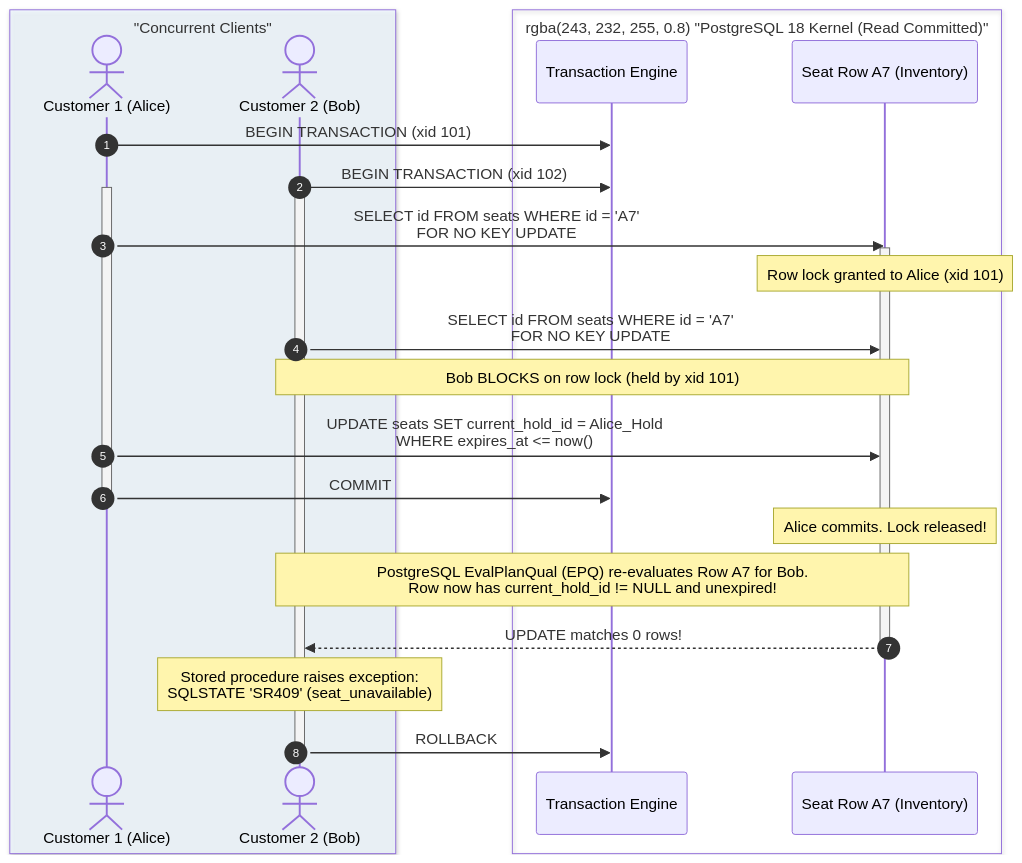
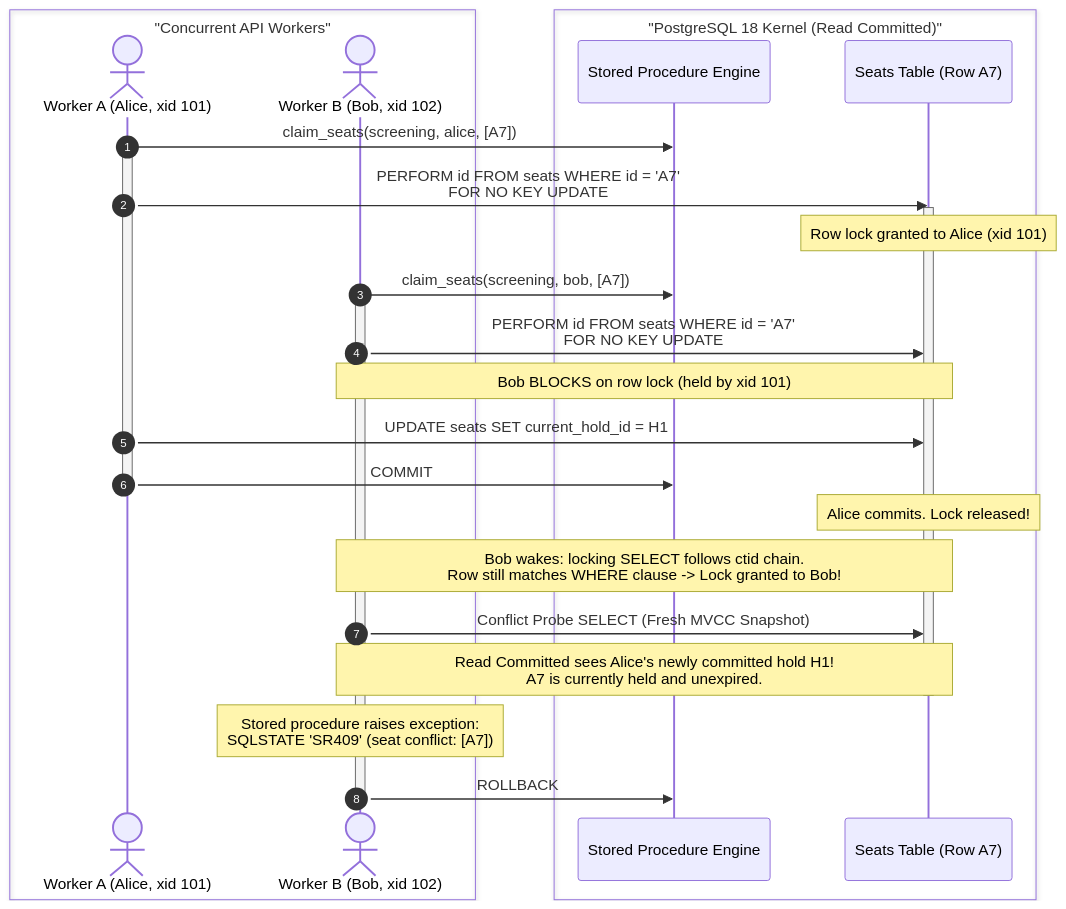
Before and after one commit to YuvvrajSingh/seat-rush: the first of 6 diagrams in docs/SYSTEMS_DESIGN.md, drawn with Mermaid. The commit also changed other lines of this file and 17 other files, not shown here.

Commit message:
docs: apply zero-drift fixes, elevate Mermaid diagrams with failure branches, and reshoot production screenshots

````diff
--- a/docs/SYSTEMS_DESIGN.md
+++ b/docs/SYSTEMS_DESIGN.md
@@ -44,36 +44,36 @@
 ```mermaid
 sequenceDiagram
     autonumber
-    box rgba(240, 249, 255, 0.8) "Concurrent Clients"
-        actor Alice as Customer 1 (Alice)
-        actor Bob as Customer 2 (Bob)
+    box "Concurrent API Workers"
+        actor Alice as Worker A (Alice, xid 101)
+        actor Bob as Worker B (Bob, xid 102)
     end
-    box rgba(243, 232, 255, 0.8) "PostgreSQL 18 Kernel (Read Committed)"
-        participant Engine as Transaction Engine
-        participant Row as Seat Row A7 (Inventory)
+    box "PostgreSQL 18 Kernel (Read Committed)"
+        participant PG as Stored Procedure Engine
+        participant Inv as Seats Table (Row A7)
     end
 
-    Alice->>Engine: BEGIN TRANSACTION (xid 101)
-    Bob->>Engine: BEGIN TRANSACTION (xid 102)
+    Alice->>PG: claim_seats(screening, alice, [A7])
     activate Alice
+    Alice->>Inv: PERFORM id FROM seats WHERE id = 'A7'<br/>FOR NO KEY UPDATE
+    activate Inv
+    Note over Inv: Row lock granted to Alice (xid 101)
+
+    Bob->>PG: claim_seats(screening, bob, [A7])
     activate Bob
+    Bob->>Inv: PERFORM id FROM seats WHERE id = 'A7'<br/>FOR NO KEY UPDATE
+    Note over Bob,Inv: Bob BLOCKS on row lock (held by xid 101)
 
-    Alice->>Row: SELECT id FROM seats WHERE id = 'A7'<br/>FOR NO KEY UPDATE
-    activate Row
-    Note over Row: Row lock granted to Alice (xid 101)
+    Alice->>Inv: UPDATE seats SET current_hold_id = H1
+    Alice->>PG: COMMIT
+    deactivate Alice
+    Note over Inv: Alice commits. Lock released!
 
-    Bob->>Row: SELECT id FROM seats WHERE id = 'A7'<br/>FOR NO KEY UPDATE
-    Note over Bob,Row: Bob BLOCKS on row lock (held by xid 101)
-
-    Alice->>Row: UPDATE seats SET current_hold_id = Alice_Hold<br/>WHERE expires_at <= now()
-    Alice->>Engine: COMMIT
-    deactivate Alice
-    Note over Row: Alice commits. Lock released!
-
-    Note over Bob,Row: PostgreSQL EvalPlanQual (EPQ) re-evaluates Row A7 for Bob.<br/>Row now has current_hold_id != NULL and unexpired!
-    Row-->>Bob: UPDATE matches 0 rows!
-    deactivate Row
-    Note over Bob: Stored procedure raises exception:<br/>SQLSTATE 'SR409' (seat_unavailable)
-    Bob->>Engine: ROLLBACK
+    Note over Bob,Inv: Bob wakes: locking SELECT follows ctid chain.<br/>Row still matches WHERE clause -> Lock granted to Bob!
+    Bob->>Inv: Conflict Probe SELECT (Fresh MVCC Snapshot)
+    Note over Bob,Inv: Read Committed sees Alice's newly committed hold H1!<br/>A7 is currently held and unexpired.
+    deactivate Inv
+    Note over Bob: Stored procedure raises exception:<br/>SQLSTATE 'SR409' (seat conflict: [A7])
+    Bob->>PG: ROLLBACK
     deactivate Bob
 ```
````
